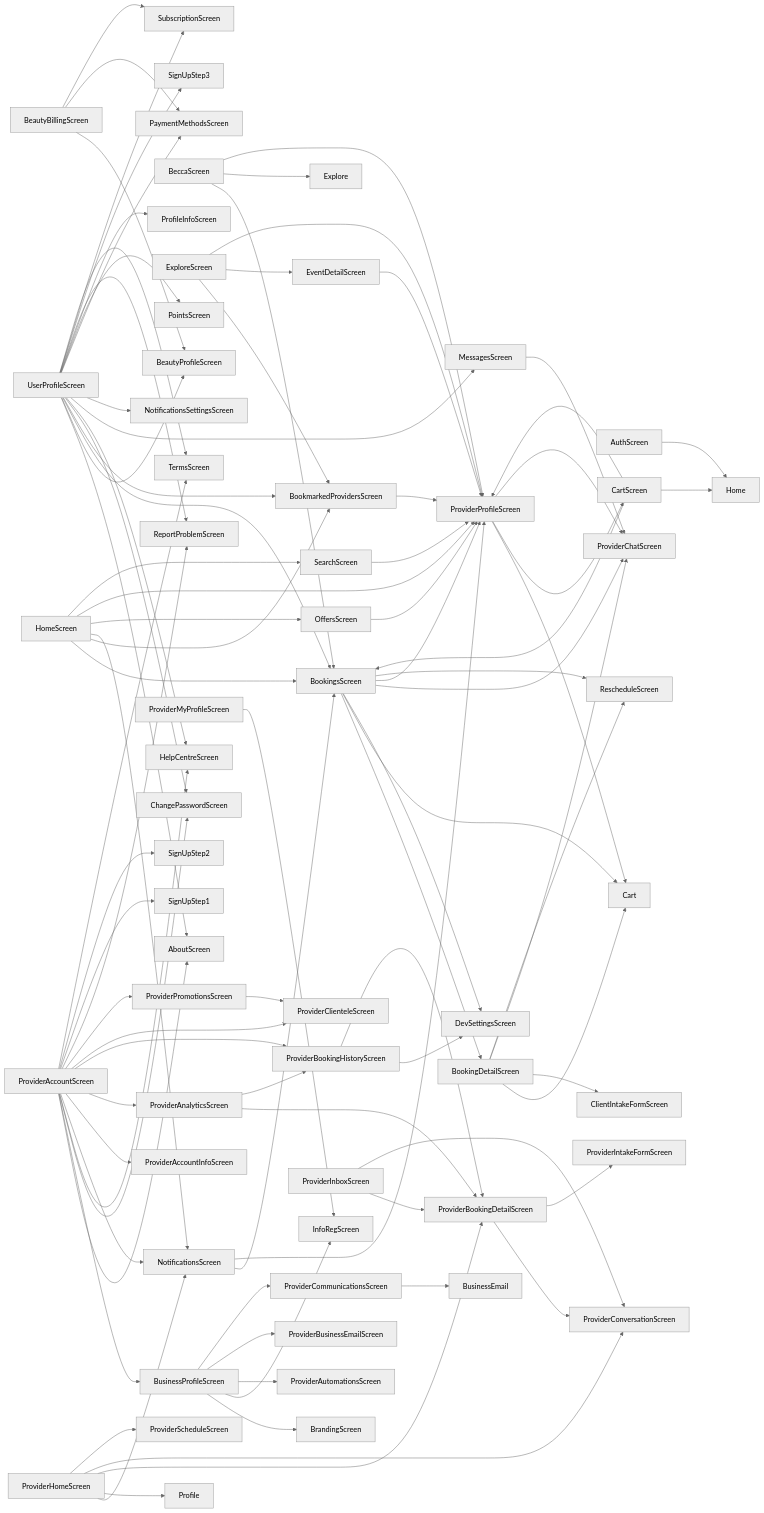
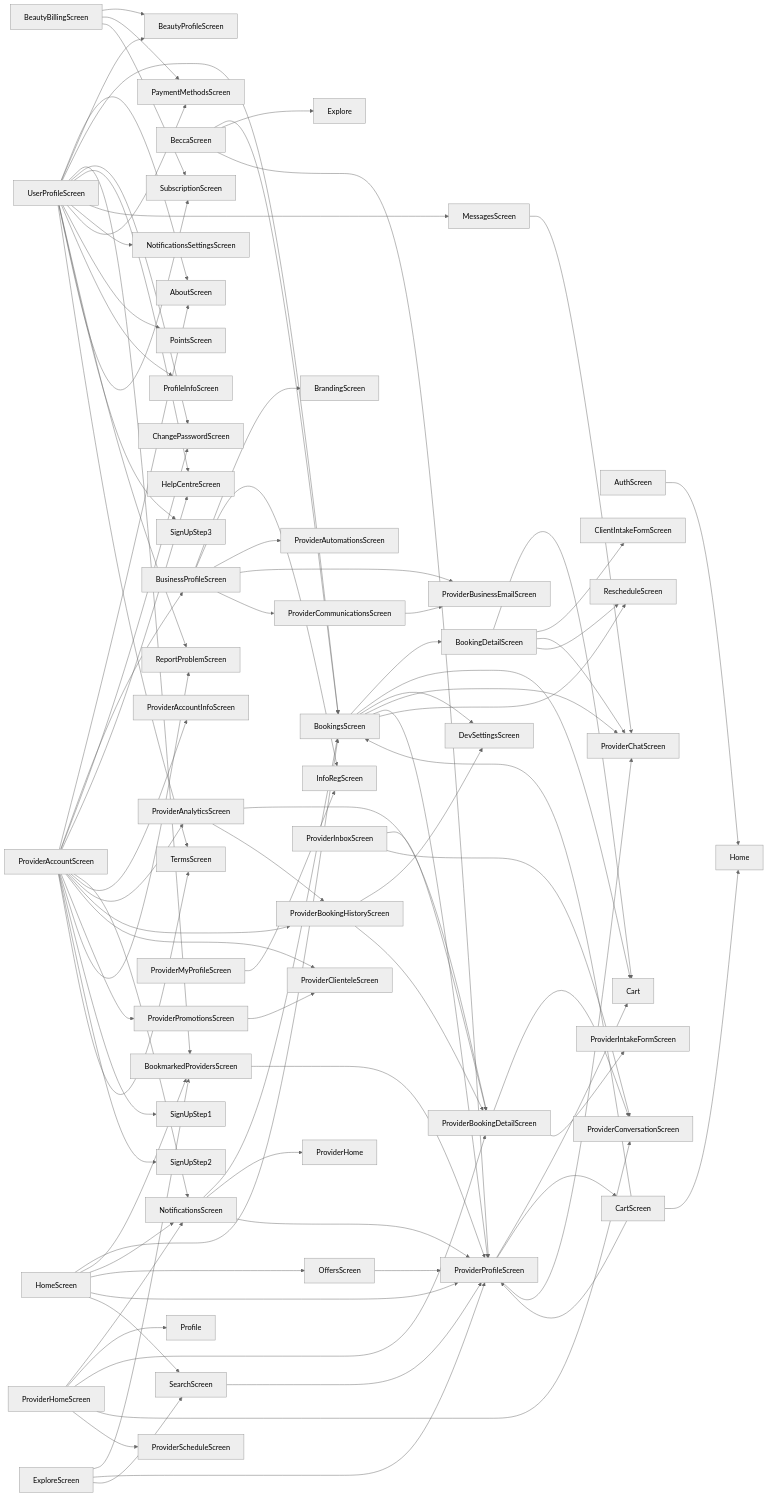
One commit to Cerve-678/CERVICED. changed the diagram in docs/vault/auto/Navigation Graph (generated).md. Above: the diagram before and after it, drawn with Mermaid (neutral theme). The commit also changed other lines of this file and 120 other files, not shown here.

```diff
--- a/docs/vault/auto/Navigation Graph (generated).md
+++ b/docs/vault/auto/Navigation Graph (generated).md
@@ -38,10 +38,9 @@
   CartScreen --> BookingsScreen
   CartScreen --> Home
   CartScreen --> ProviderProfileScreen
-  EventDetailScreen --> ProviderProfileScreen
   ExploreScreen --> BookmarkedProvidersScreen
-  ExploreScreen --> EventDetailScreen
   ExploreScreen --> ProviderProfileScreen
+  ExploreScreen --> SearchScreen
   HomeScreen --> BookingsScreen
   HomeScreen --> BookmarkedProvidersScreen
   HomeScreen --> NotificationsScreen
@@ -50,6 +49,7 @@
   HomeScreen --> SearchScreen
   MessagesScreen --> ProviderChatScreen
   NotificationsScreen --> BookingsScreen
+  NotificationsScreen --> ProviderHome
   NotificationsScreen --> ProviderProfileScreen
   OffersScreen --> ProviderProfileScreen
   ProviderAccountScreen --> AboutScreen
@@ -72,7 +72,7 @@
   ProviderBookingDetailScreen --> ProviderIntakeFormScreen
   ProviderBookingHistoryScreen --> DevSettingsScreen
   ProviderBookingHistoryScreen --> ProviderBookingDetailScreen
-  ProviderCommunicationsScreen --> BusinessEmail
+  ProviderCommunicationsScreen --> ProviderBusinessEmailScreen
   ProviderHomeScreen --> NotificationsScreen
   ProviderHomeScreen --> Profile
   ProviderHomeScreen --> ProviderBookingDetailScreen
```
